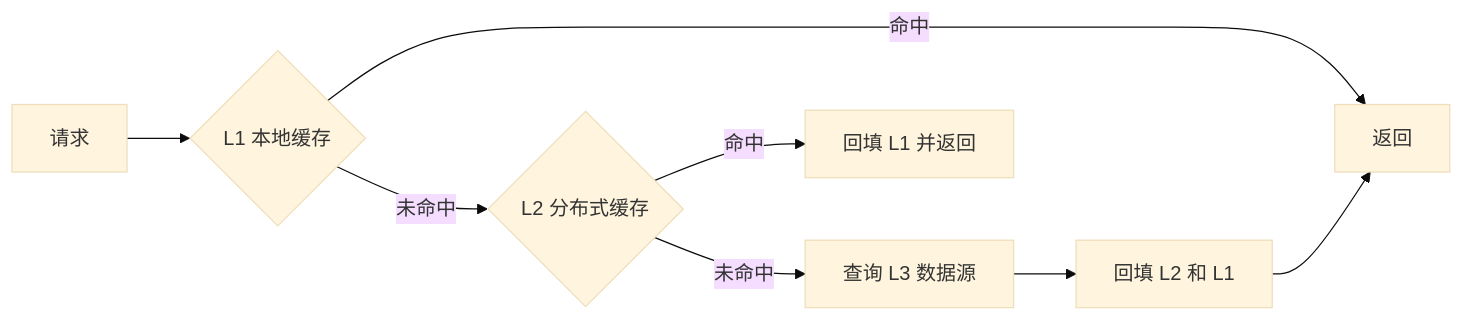
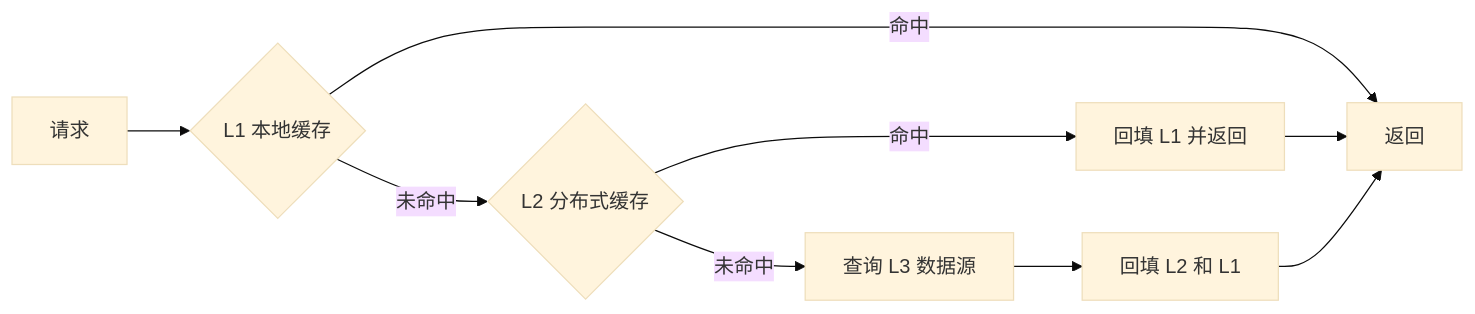
Before and after one commit to crashingby/homepage: the seventh of 11 diagrams in src/content/blog/Software-Construction/Chap07.md, drawn with Mermaid (base theme). The commit also changed other lines of this file and 6 other files, not shown here.

````diff
--- a/src/content/blog/Software-Construction/Chap07.md
+++ b/src/content/blog/Software-Construction/Chap07.md
@@ -377,10 +305,11 @@
 ```mermaid
 flowchart LR
-  A["请求"] --> B{"L1 本地缓存"}
-  B -->|命中| C["返回"]
-  B -->|未命中| D{"L2 分布式缓存"}
-  D -->|命中| E["回填 L1 并返回"]
-  D -->|未命中| F["查询 L3 数据源"]
-  F --> G["回填 L2 和 L1"]
-  G --> C
+  Req["请求"] --> L1{"L1 本地缓存"}
+  L1 -->|命中| Ret["返回"]
+  L1 -->|未命中| L2{"L2 分布式缓存"}
+  L2 -->|命中| FillL1["回填 L1 并返回"]
+  L2 -->|未命中| DB["查询 L3 数据源"]
+  DB --> FillAll["回填 L2 和 L1"]
+  FillL1 --> Ret
+  FillAll --> Ret
 ```
````
